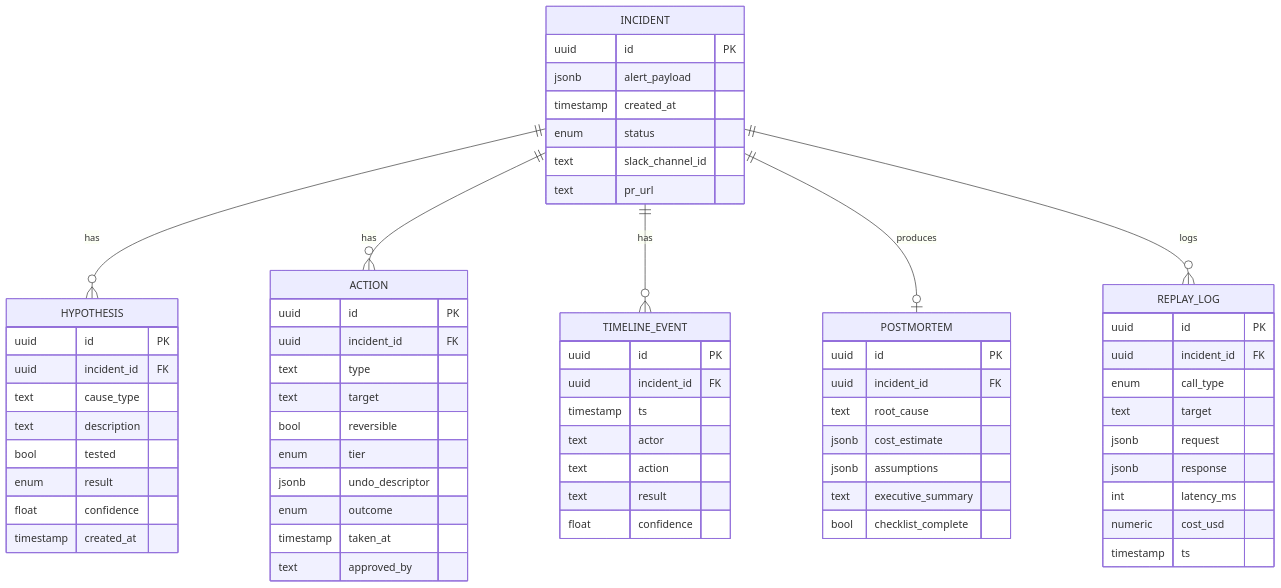
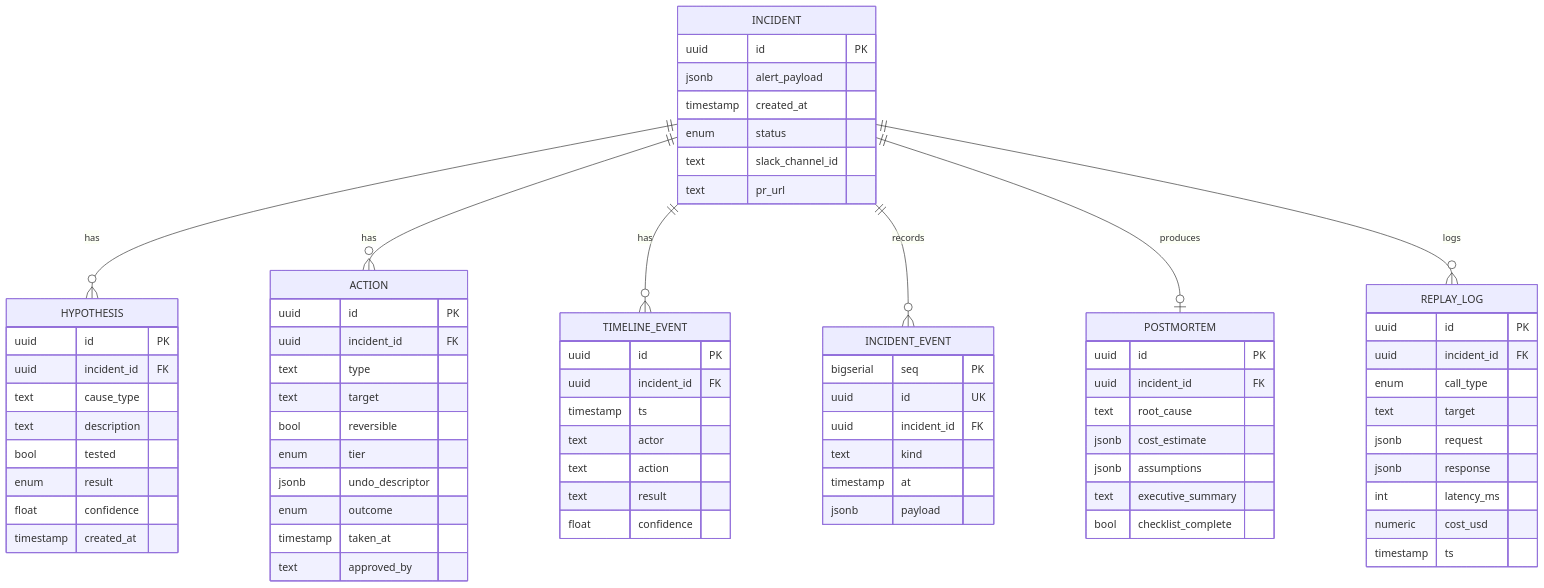
One commit to ohadraz/Argus changed the fourth of 5 diagrams in docs/spec-and-architecture.md. Above: the diagram before and after it, drawn with Mermaid. The commit also changed other lines of this file and 35 other files, not shown here.

Commit message:
introduced incident event stream + UI

````diff
--- a/docs/spec-and-architecture.md
+++ b/docs/spec-and-architecture.md
@@ -256,68 +265,77 @@
 ```mermaid
 erDiagram
     INCIDENT ||--o{ HYPOTHESIS : has
     INCIDENT ||--o{ ACTION : has
     INCIDENT ||--o{ TIMELINE_EVENT : has
+    INCIDENT ||--o{ INCIDENT_EVENT : records
     INCIDENT ||--o| POSTMORTEM : produces
     INCIDENT ||--o{ REPLAY_LOG : logs
 
     INCIDENT {
         uuid id PK
         jsonb alert_payload
         timestamp created_at
         enum status
         text slack_channel_id
         text pr_url
     }
     HYPOTHESIS {
         uuid id PK
         uuid incident_id FK
         text cause_type
         text description
         bool tested
         enum result
         float confidence
         timestamp created_at
     }
     ACTION {
         uuid id PK
         uuid incident_id FK
         text type
         text target
         bool reversible
         enum tier
         jsonb undo_descriptor
         enum outcome
         timestamp taken_at
         text approved_by
     }
     TIMELINE_EVENT {
         uuid id PK
         uuid incident_id FK
         timestamp ts
         text actor
         text action
         text result
         float confidence
     }
+    INCIDENT_EVENT {
+        bigserial seq PK
+        uuid id UK
+        uuid incident_id FK
+        text kind
+        timestamp at
+        jsonb payload
+    }
     POSTMORTEM {
         uuid id PK
         uuid incident_id FK
         text root_cause
         jsonb cost_estimate
         jsonb assumptions
         text executive_summary
         bool checklist_complete
     }
     REPLAY_LOG {
         uuid id PK
         uuid incident_id FK
         enum call_type
         text target
         jsonb request
         jsonb response
         int latency_ms
         numeric cost_usd
         timestamp ts
     }
 ```
````
